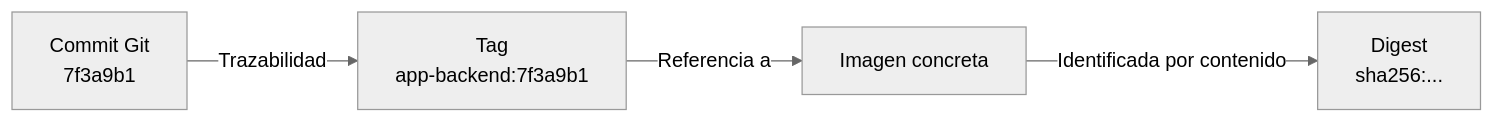
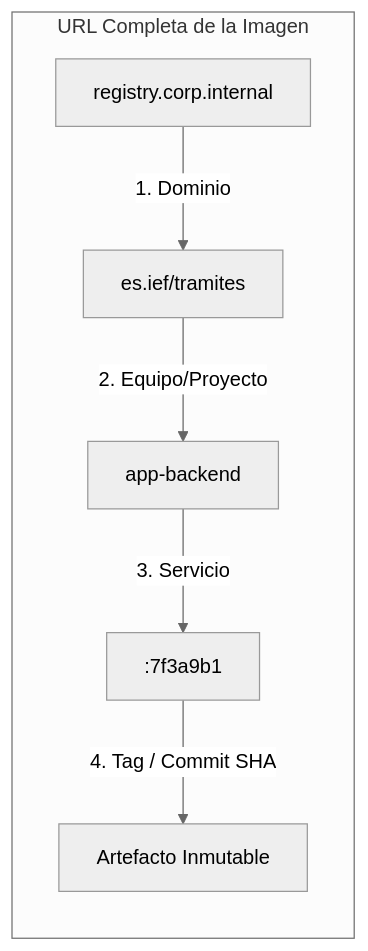
Before and after one commit to ieftraining/curso-openshift: the second of 4 diagrams in docs/sesion4/4.4 Registro, gestión y seguridad de imágenes.md, drawn with Mermaid (neutral theme). The commit also changed other lines of this file, not shown here.

````diff
--- a/docs/sesion4/4.4 Registro, gestión y seguridad de imágenes.md
+++ b/docs/sesion4/4.4 Registro, gestión y seguridad de imágenes.md
@@ -159,6 +55,9 @@
 ```mermaid
 flowchart LR
-    A[Commit Git<br>7f3a9b1] -->|Trazabilidad| B[Tag<br>app-backend:7f3a9b1]
-    B -->|Referencia a| C[Imagen concreta]
-    C -->|Identificada por contenido| D[Digest<br>sha256:...]
+    subgraph URL Completa de la Imagen
+        A[registry.corp.internal] -->|1. Dominio| B[es.ief/tramites]
+        B -->|2. Equipo/Proyecto| C[app-backend]
+        C -->|3. Servicio| D[:7f3a9b1]
+        D -->|4. Tag / Commit SHA| E[Artefacto Inmutable]
+    end
 ```
````
